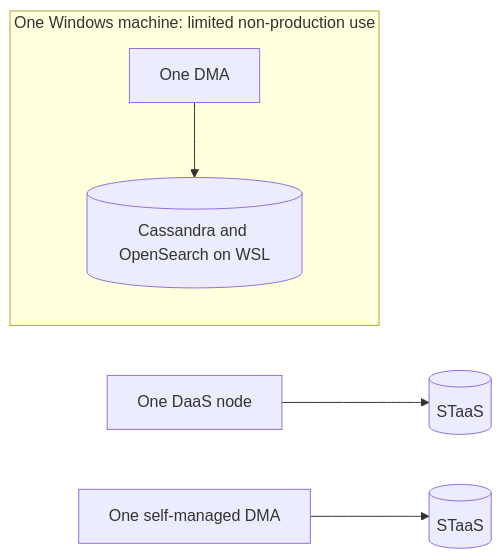
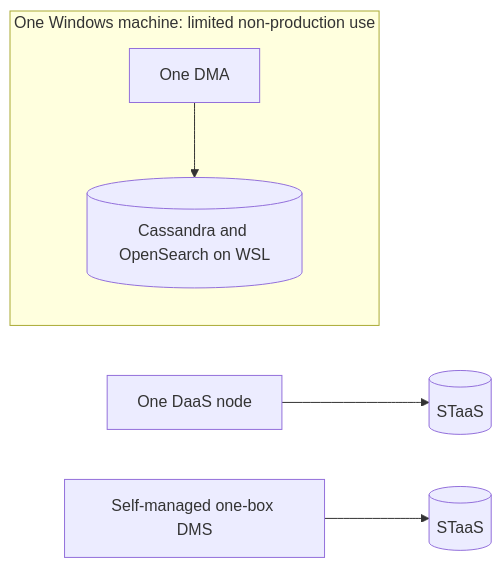
Before and after one commit to SkylineCommunications/dataminer-docs: the diagram in dataminer/About_DataMiner/System_architectures/Topologies/Architecture_single_agent.md, drawn with Mermaid. The commit also changed other lines of this file and 12 other files, not shown here.

First line of the commit message:
Refine architecture operations and lab-to-production guidance

````diff
--- a/dataminer/About_DataMiner/System_architectures/Topologies/Architecture_single_agent.md
+++ b/dataminer/About_DataMiner/System_architectures/Topologies/Architecture_single_agent.md
@@ -19,8 +29,8 @@
 ```mermaid
 flowchart LR
     A[One DaaS node] --> S[(STaaS)]
-    B[One self-managed DMA] --> T[(STaaS)]
+    B[Self-managed one-box DMS] --> T[(STaaS)]
     subgraph Local["One Windows machine: limited non-production use"]
         C[One DMA] --> W[(Cassandra and OpenSearch on WSL)]
     end
 ```
````
